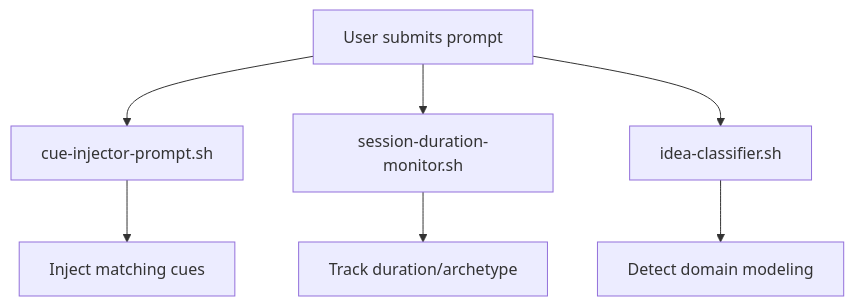
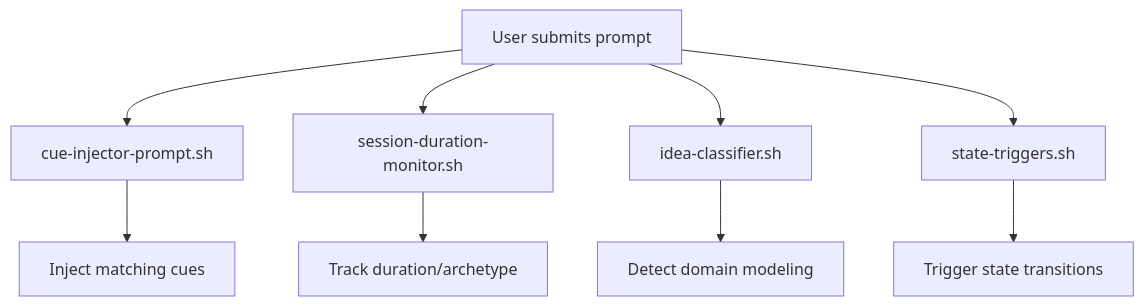
Before and after one commit to meaganewaller/weekly-reviews: diagram 20 of 25 in data-capture.md, drawn with Mermaid. The commit also changed other lines of this file and 2 other files, not shown here.

```diff
--- a/data-capture.md
+++ b/data-capture.md
@@ -299,9 +442,11 @@
 {% mermaid %}
 flowchart TD
     A[User submits prompt] --> B[cue-injector-prompt.sh]
     A --> C[session-duration-monitor.sh]
     A --> D[idea-classifier.sh]
-    B --> E[Inject matching cues]
-    C --> F[Track duration/archetype]
-    D --> G[Detect domain modeling]
+    A --> E[state-triggers.sh]
+    B --> F[Inject matching cues]
+    C --> G[Track duration/archetype]
+    D --> H[Detect domain modeling]
+    E --> I[Trigger state transitions]
 {% endmermaid %}
```
